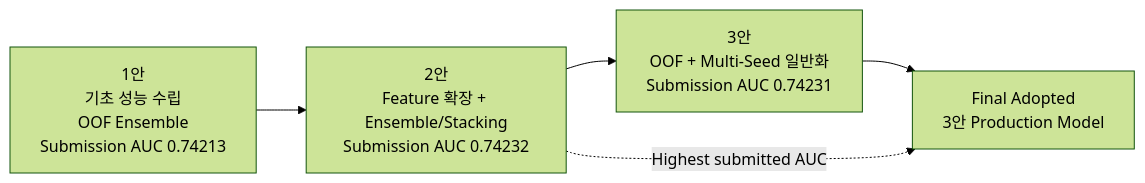
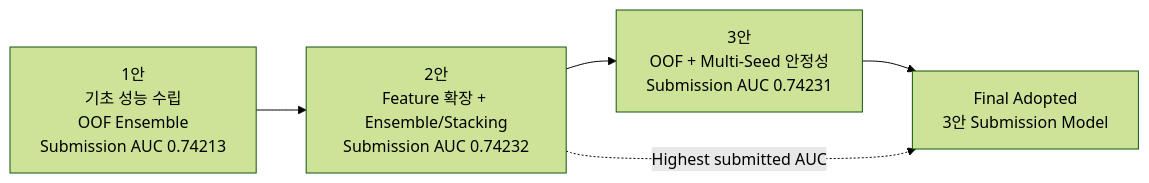
The first of 2 diagrams in docs/model_lineage.md (nanimnoworry/PSP), drawn with Mermaid (forest theme) before and after one commit. The commit also changed other lines of this file, not shown here.

Commit message:
docs: remove production deployment ambiguity

````diff
--- a/docs/model_lineage.md
+++ b/docs/model_lineage.md
@@ -10,10 +10,10 @@
 ```mermaid
 flowchart LR
     A[1안<br/>기초 성능 수립<br/>OOF Ensemble<br/>Submission AUC 0.74213]
     B[2안<br/>Feature 확장 + Ensemble/Stacking<br/>Submission AUC 0.74232]
-    C[3안<br/>OOF + Multi-Seed 일반화<br/>Submission AUC 0.74231]
-    D[Final Adopted<br/>3안 Production Model]
+    C[3안<br/>OOF + Multi-Seed 안정성<br/>Submission AUC 0.74231]
+    D[Final Adopted<br/>3안 Submission Model]
 
     A --> B --> C --> D
     B -. Highest submitted AUC .-> D
 ```
````
